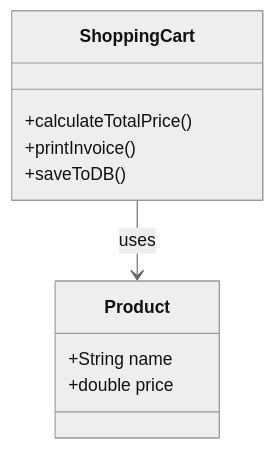
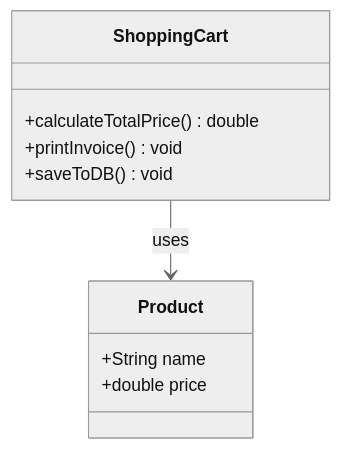
The first of 4 diagrams in SOLID PRINCIPLES/NOTES.md (rajromil/System-Design), drawn with Mermaid (neutral theme) before and after one commit. The commit also changed other lines of this file, not shown here.

````diff
--- a/SOLID PRINCIPLES/NOTES.md
+++ b/SOLID PRINCIPLES/NOTES.md
@@ -48,13 +48,13 @@
 ```mermaid
 classDiagram
     class ShoppingCart {
-        +calculateTotalPrice()
-        +printInvoice()
-        +saveToDB()
+        +calculateTotalPrice() double
+        +printInvoice() void
+        +saveToDB() void
     }
     class Product {
         +String name
         +double price
     }
     ShoppingCart --> Product : uses
 ```
````
